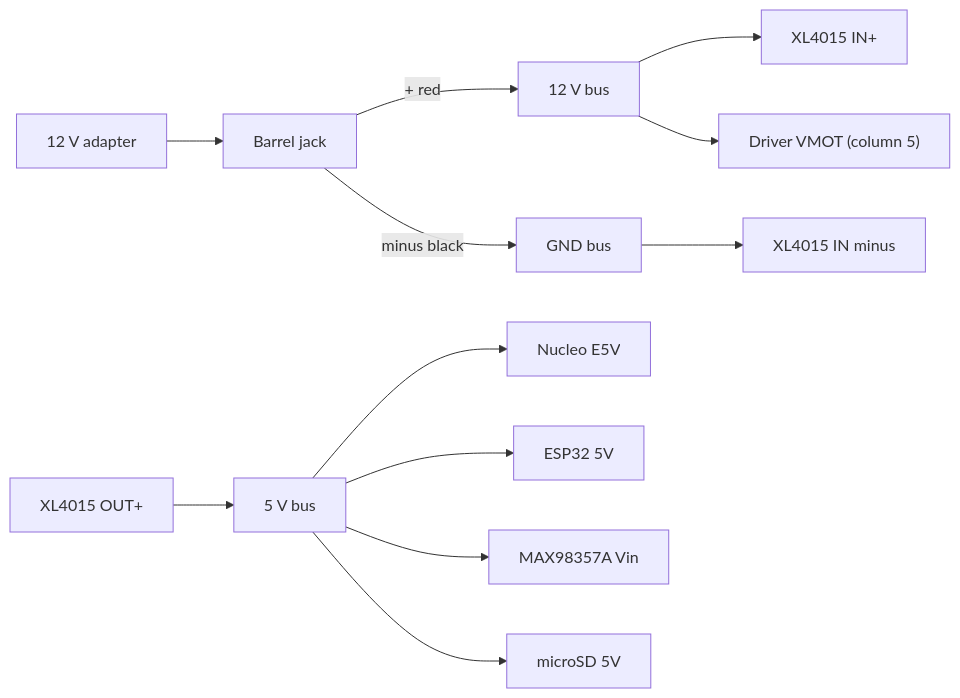
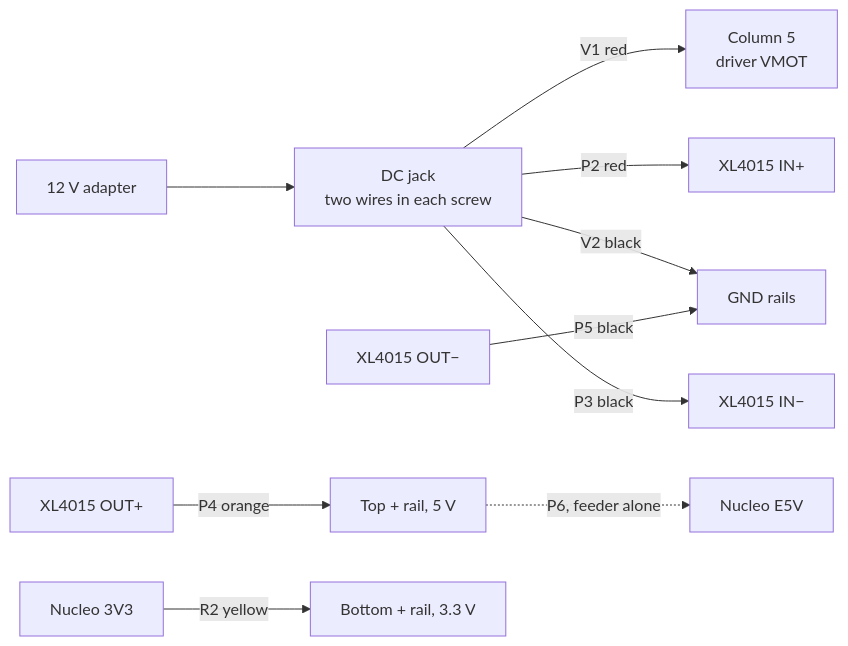
One commit to sourcandy101/kibbly changed the first of 3 diagrams in hardware/04_wiring_list.md. Above: the diagram before and after it, drawn with Mermaid. The commit also changed other lines of this file and 9 other files, not shown here.

First line of the commit message:
Add circuit 7 (power: 12 V, XL4015 to 5 V, 3.3 V) and update the architecture

````diff
--- a/hardware/04_wiring_list.md
+++ b/hardware/04_wiring_list.md
@@ -89,14 +91,12 @@
 ```mermaid
 flowchart LR
-    AD["12 V adapter"] --> J["Barrel jack"]
-    J -->|"+ red"| B12["12 V bus"]
-    J -->|"minus black"| G["GND bus"]
-    B12 --> XIN["XL4015 IN+"]
-    G --> XGN["XL4015 IN minus"]
-    XOUT["XL4015 OUT+"] --> B5["5 V bus"]
-    B5 --> E5V["Nucleo E5V"]
-    B5 --> ESP5["ESP32 5V"]
-    B5 --> AMP5["MAX98357A Vin"]
-    B5 --> SD5["microSD 5V"]
-    B12 --> VM["Driver VMOT (column 5)"]
+    AD["12 V adapter"] --> J["DC jack<br/>two wires in each screw"]
+    J -->|"V1 red"| C5["Column 5<br/>driver VMOT"]
+    J -->|"P2 red"| XIN["XL4015 IN+"]
+    J -->|"V2 black"| G["GND rails"]
+    J -->|"P3 black"| XGN["XL4015 IN−"]
+    XOUT["XL4015 OUT+"] -->|"P4 orange"| B5["Top + rail, 5 V"]
+    XOG["XL4015 OUT−"] -->|"P5 black"| G
+    B5 -.->|"P6, feeder alone"| E5V["Nucleo E5V"]
+    N3["Nucleo 3V3"] -->|"R2 yellow"| B3["Bottom + rail, 3.3 V"]
 ```
````
